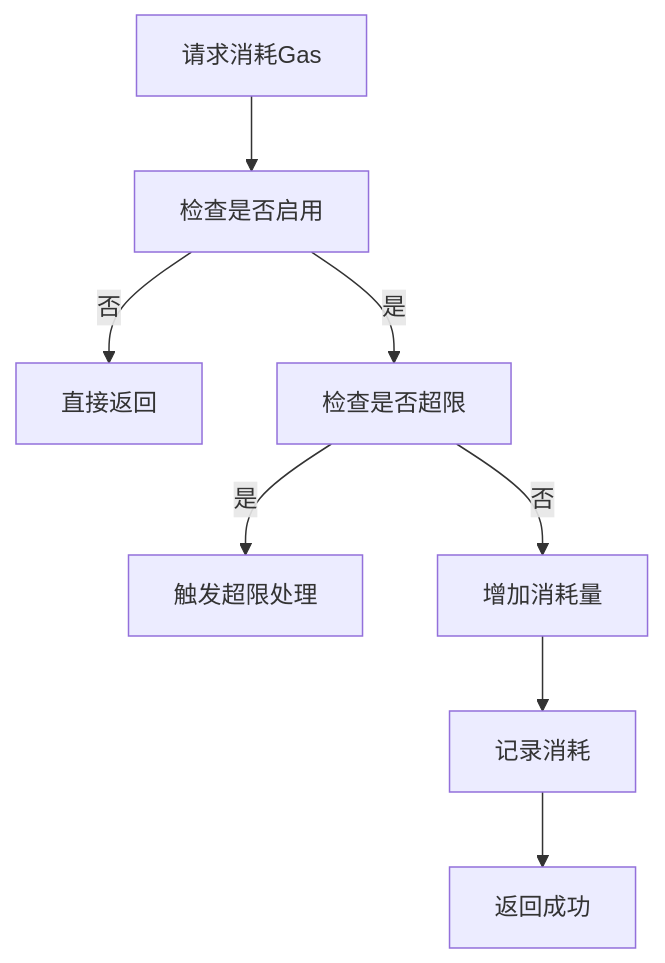
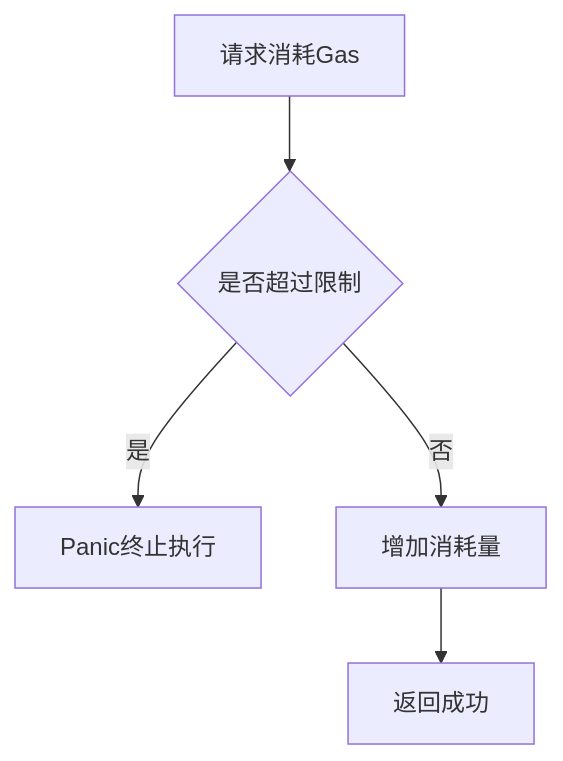
Before and after one commit to lengzhao/vm: the first of 3 diagrams in docs/detailed_design/gas_metering_detailed_design.md, drawn with Mermaid. The commit also changed other lines of this file and 12 other files, not shown here.

````diff
--- a/docs/detailed_design/gas_metering_detailed_design.md
+++ b/docs/detailed_design/gas_metering_detailed_design.md
@@ -108,10 +63,7 @@
 ```mermaid
 graph TD
-A[请求消耗Gas] --> B[检查是否启用]
-B --> |否| C[直接返回]
-B --> |是| D[检查是否超限]
-D --> |是| E[触发超限处理]
-D --> |否| F[增加消耗量]
-F --> G[记录消耗]
-G --> H[返回成功]
+A[请求消耗Gas] --> B{是否超过限制}
+B --> |是| C[Panic终止执行]
+B --> |否| D[增加消耗量]
+D --> E[返回成功]
 ```
````
